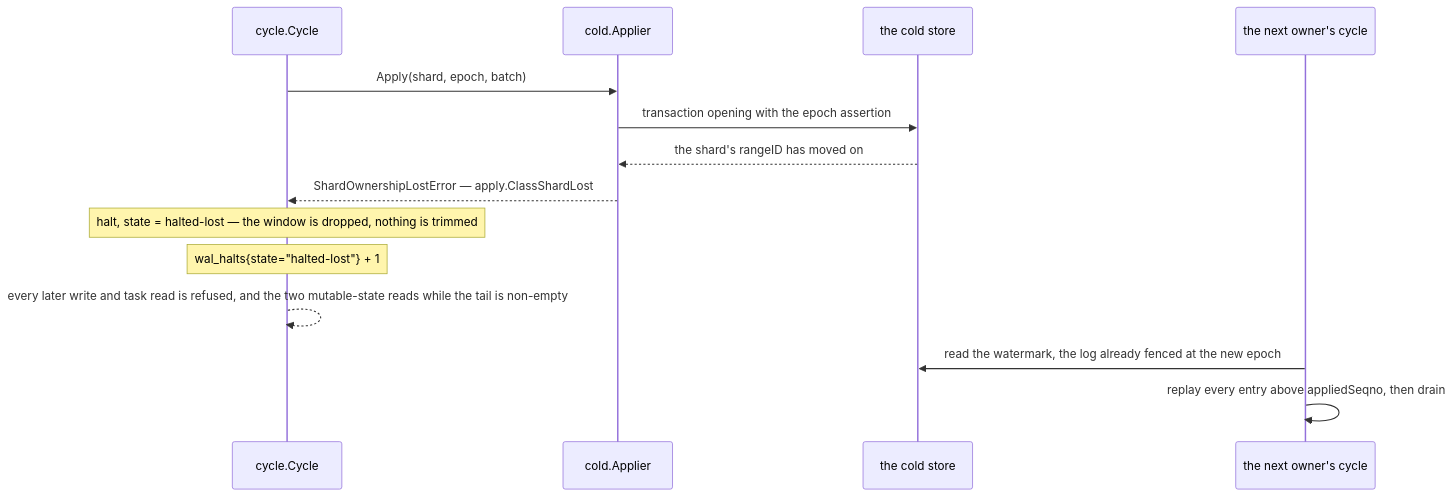
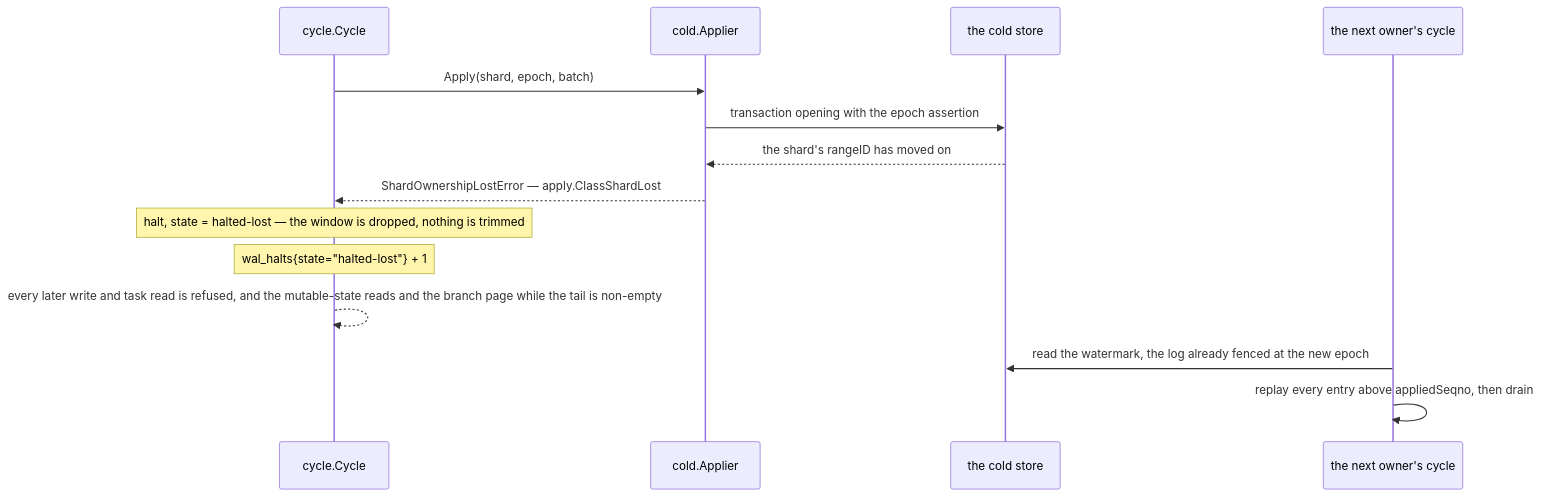
One commit to aromanovich/waltz changed the seventh of 10 diagrams in docs/handbook/05-write-path.md. Above: the diagram before and after it, drawn with Mermaid. The commit also changed other lines of this file and 51 other files, not shown here.

````diff
--- a/docs/handbook/05-write-path.md
+++ b/docs/handbook/05-write-path.md
@@ -474,17 +473,17 @@
 ```mermaid
 sequenceDiagram
   participant CY as cycle.Cycle
   participant AP as cold.Applier
   participant CS as the cold store
   participant NX as the next owner's cycle
 
   CY->>AP: Apply(shard, epoch, batch)
   AP->>CS: transaction opening with the epoch assertion
   CS-->>AP: the shard's rangeID has moved on
   AP-->>CY: ShardOwnershipLostError — apply.ClassShardLost
   Note over CY: halt, state = halted-lost — the window is dropped, nothing is trimmed
   Note over CY: wal_halts{state="halted-lost"} + 1
-  CY-->>CY: every later write and task read is refused, and the two mutable-state reads while the tail is non-empty
+  CY-->>CY: every later write and task read is refused, and the mutable-state reads and the branch page while the tail is non-empty
   NX->>CS: read the watermark, the log already fenced at the new epoch
   NX->>NX: replay every entry above appliedSeqno, then drain
 ```
````
